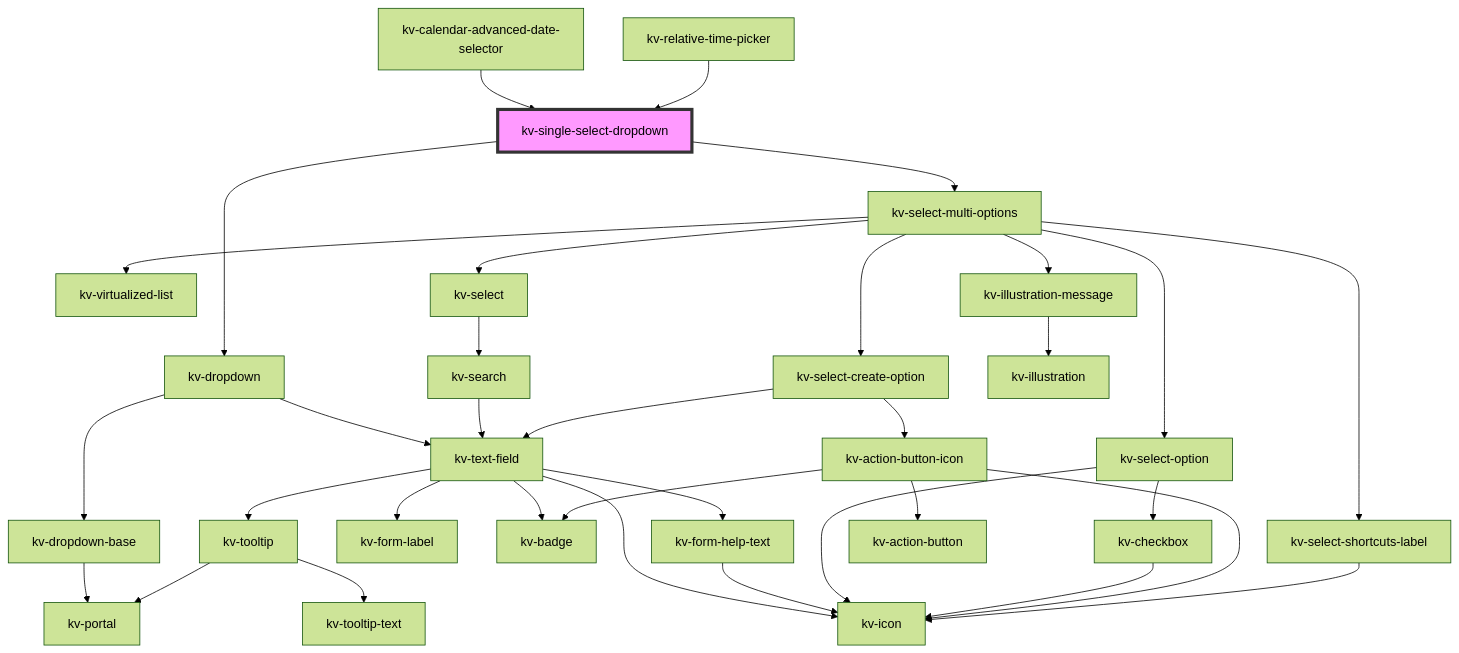
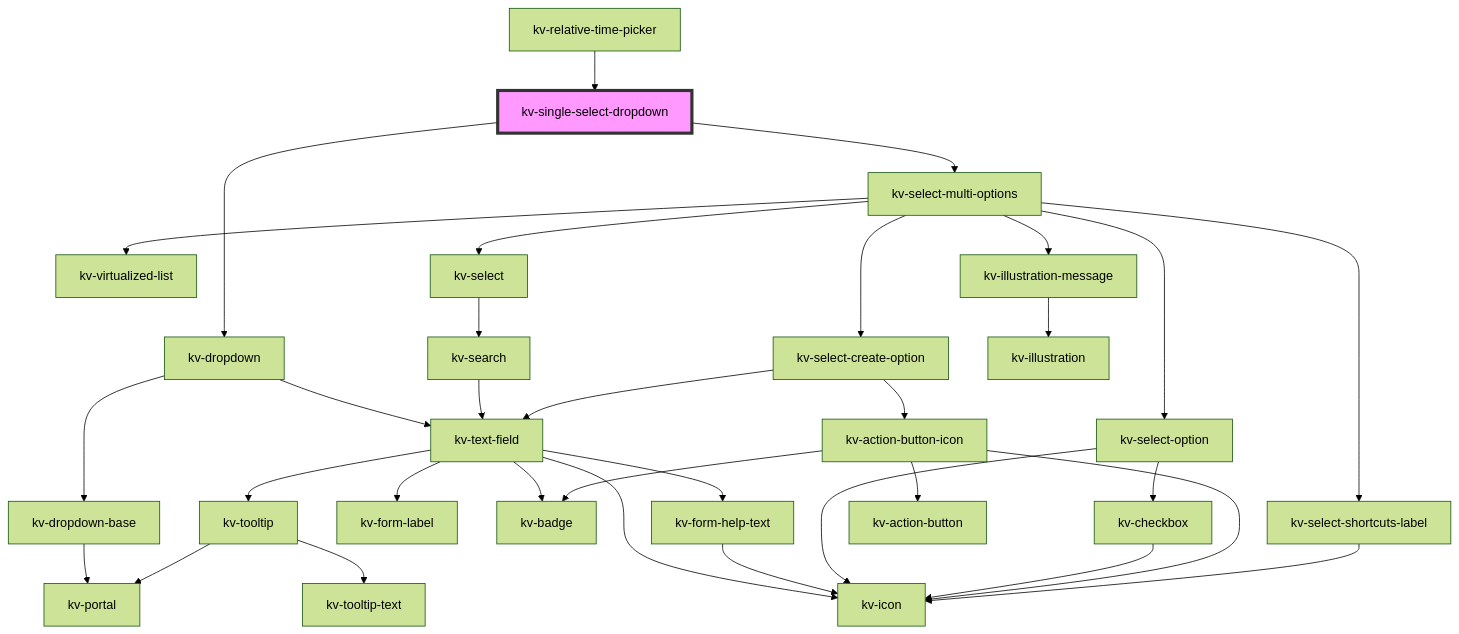
The diagram in packages/ui-components/src/components/single-select-dropdown/readme.md (kelvininc/ui-components), drawn with Mermaid (forest theme) before and after one commit. The commit also changed other lines of this file and 134 other files, not shown here.

````diff
--- a/packages/ui-components/src/components/single-select-dropdown/readme.md
+++ b/packages/ui-components/src/components/single-select-dropdown/readme.md
@@ -130,37 +129,36 @@
 ```mermaid
 graph TD;
   kv-single-select-dropdown --> kv-dropdown
   kv-single-select-dropdown --> kv-select-multi-options
   kv-dropdown --> kv-dropdown-base
   kv-dropdown --> kv-text-field
   kv-dropdown-base --> kv-portal
   kv-text-field --> kv-tooltip
   kv-text-field --> kv-form-label
   kv-text-field --> kv-icon
   kv-text-field --> kv-badge
   kv-text-field --> kv-form-help-text
   kv-tooltip --> kv-portal
   kv-tooltip --> kv-tooltip-text
   kv-form-help-text --> kv-icon
   kv-select-multi-options --> kv-virtualized-list
   kv-select-multi-options --> kv-select-option
   kv-select-multi-options --> kv-select
   kv-select-multi-options --> kv-illustration-message
   kv-select-multi-options --> kv-select-create-option
   kv-select-multi-options --> kv-select-shortcuts-label
   kv-select-option --> kv-checkbox
   kv-select-option --> kv-icon
   kv-checkbox --> kv-icon
   kv-select --> kv-search
   kv-search --> kv-text-field
   kv-illustration-message --> kv-illustration
   kv-select-create-option --> kv-text-field
   kv-select-create-option --> kv-action-button-icon
   kv-action-button-icon --> kv-action-button
   kv-action-button-icon --> kv-icon
   kv-action-button-icon --> kv-badge
   kv-select-shortcuts-label --> kv-icon
-  kv-calendar-advanced-date-selector --> kv-single-select-dropdown
   kv-relative-time-picker --> kv-single-select-dropdown
   style kv-single-select-dropdown fill:#f9f,stroke:#333,stroke-width:4px
 ```
````
